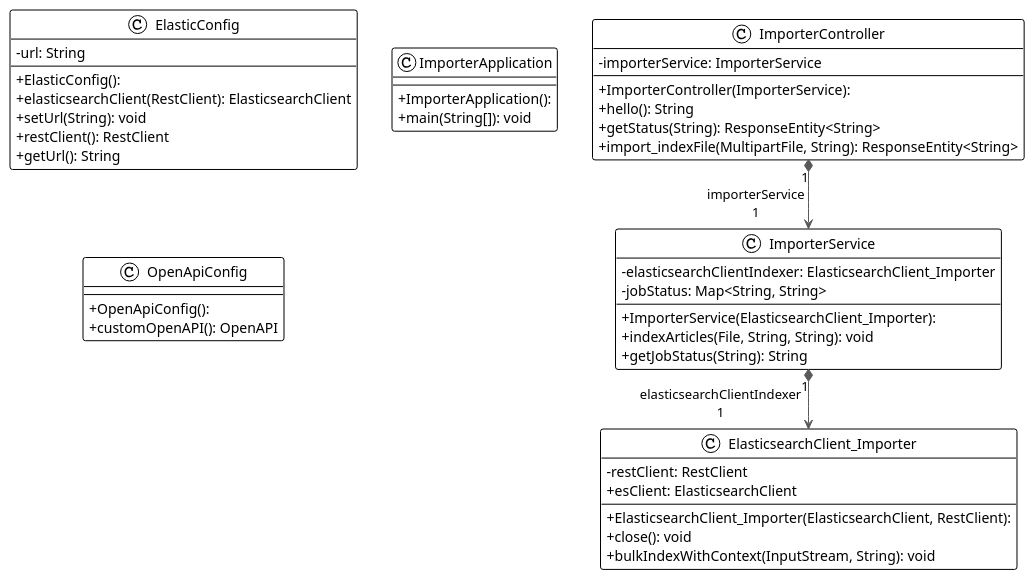
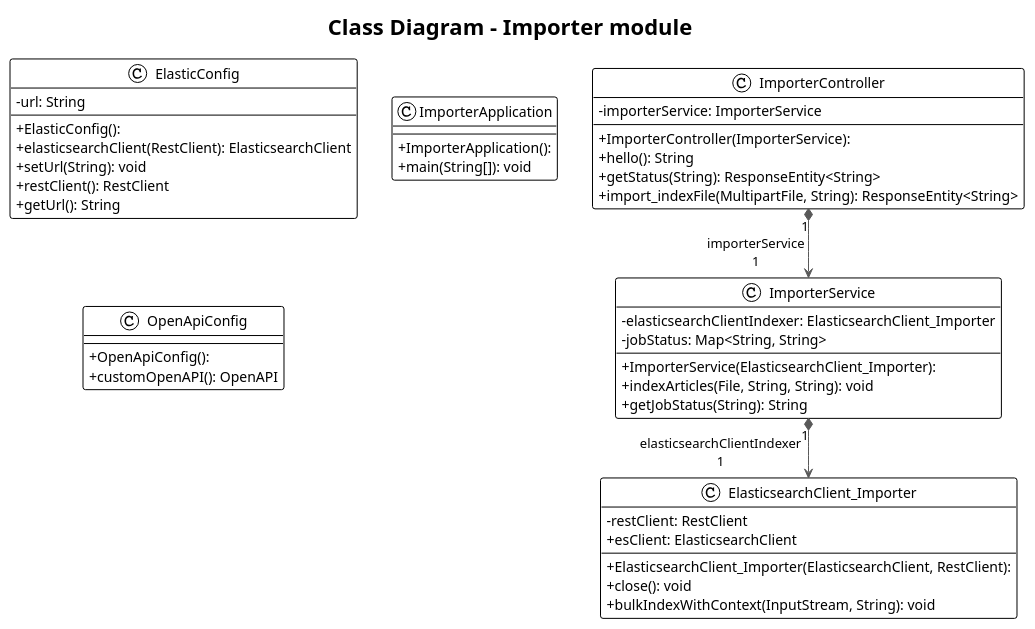
One commit to esspadoo/microservices-web-app changed the diagram in documentation/Immagini presentazione/4+1 view model/Logical_structural_view/Class_diagram/importer_classDiagram.plantuml. Above: the diagram before and after it, drawn with PlantUML. The commit also changed 7 other files, not shown here.

Commit message:
updated class diagram docs

```diff
--- a/documentation/Immagini presentazione/4+1 view model/Logical_structural_view/Class_diagram/importer_classDiagram.plantuml
+++ b/documentation/Immagini presentazione/4+1 view model/Logical_structural_view/Class_diagram/importer_classDiagram.plantuml
@@ -1,47 +1,49 @@
 @startuml
 !theme plain
 top to bottom direction
 skinparam linetype ortho
 skinparam classAttributeIconSize 0
+
+title Class Diagram - Importer module
 
 class ElasticConfig {
   + ElasticConfig(): 
   - url: String
   + elasticsearchClient(RestClient): ElasticsearchClient
   + setUrl(String): void
   + restClient(): RestClient
   + getUrl(): String
 }
 class ElasticsearchClient_Importer {
   + ElasticsearchClient_Importer(ElasticsearchClient, RestClient): 
   - restClient: RestClient
   + esClient: ElasticsearchClient
   + close(): void
   + bulkIndexWithContext(InputStream, String): void
 }
 class ImporterApplication {
   + ImporterApplication(): 
   + main(String[]): void
 }
 class ImporterController {
   + ImporterController(ImporterService): 
   - importerService: ImporterService
   + hello(): String
   + getStatus(String): ResponseEntity<String>
   + import_indexFile(MultipartFile, String): ResponseEntity<String>
 }
 class ImporterService {
   + ImporterService(ElasticsearchClient_Importer): 
   - elasticsearchClientIndexer: ElasticsearchClient_Importer
   - jobStatus: Map<String, String>
   + indexArticles(File, String, String): void
   + getJobStatus(String): String
 }
 class OpenApiConfig {
   + OpenApiConfig(): 
   + customOpenAPI(): OpenAPI
 }
 
 ImporterController           "1" *-[#595959,plain]-> "importerService\n1" ImporterService              
 ImporterService              "1" *-[#595959,plain]-> "elasticsearchClientIndexer\n1" ElasticsearchClient_Importer
 @enduml
```
